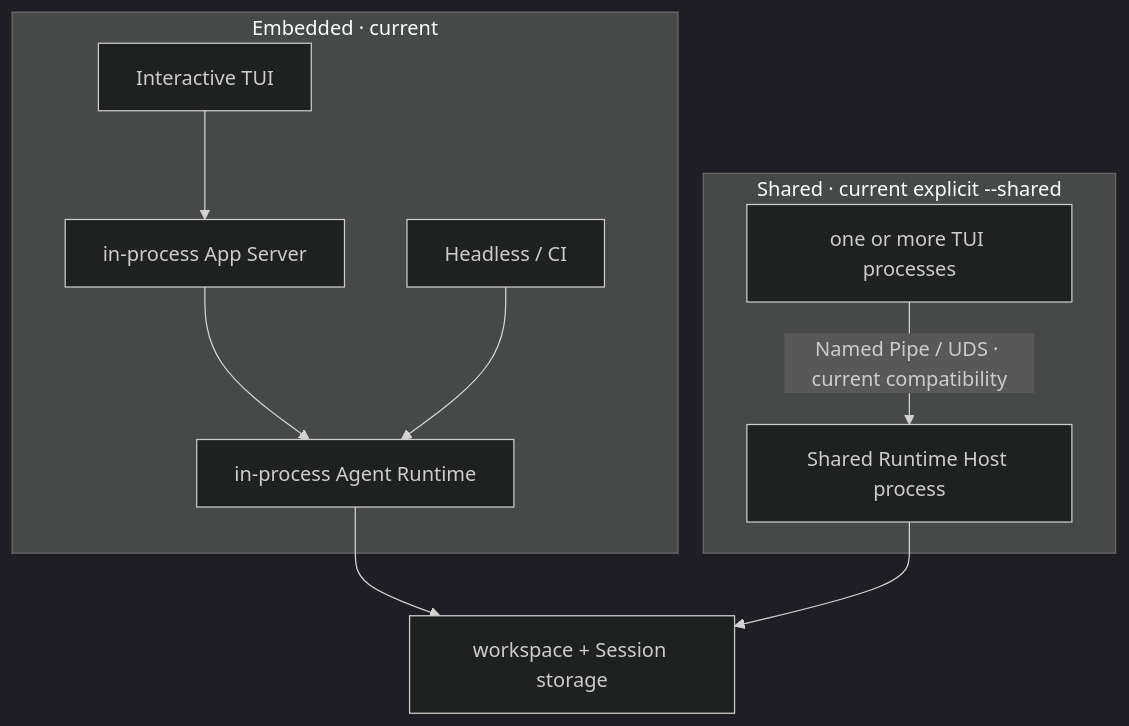
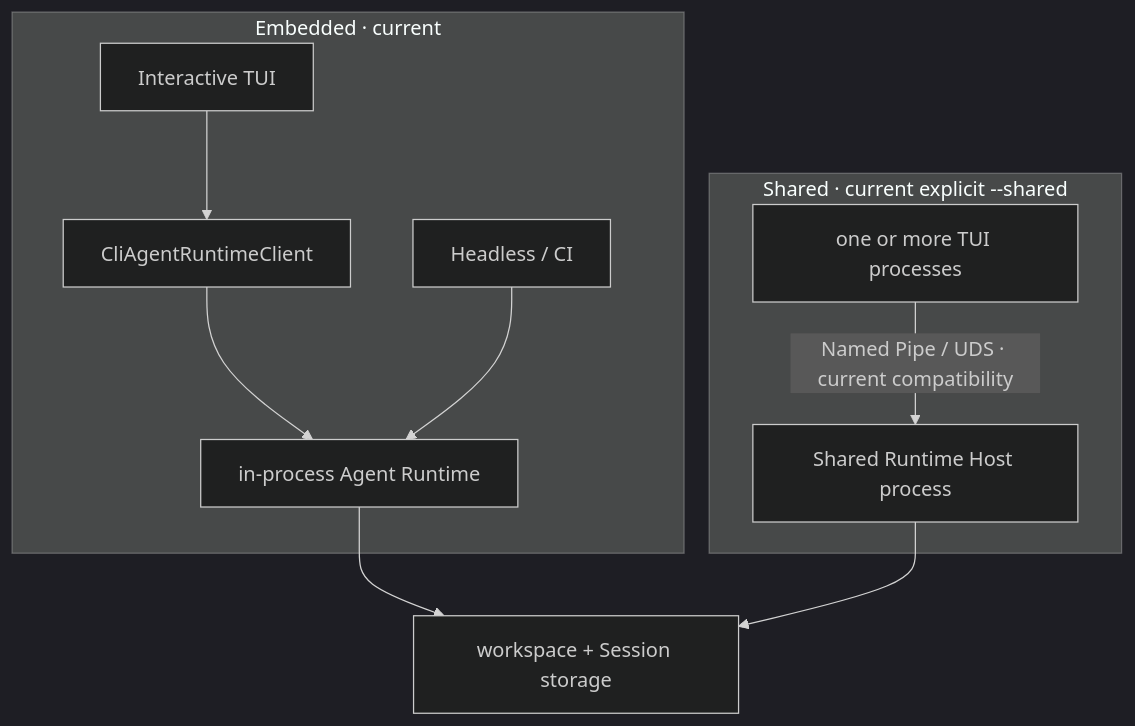
Before and after one commit to GCWing/BitFun: diagram 14 of 17 in docs/architecture/agent-runtime-deployment-design.md, drawn with Mermaid (dark theme). The commit also changed other lines of this file and 181 other files, not shown here.

First line of the commit message:
refactor(cli): use direct runtime for embedded TUI

````diff
--- a/docs/architecture/agent-runtime-deployment-design.md
+++ b/docs/architecture/agent-runtime-deployment-design.md
@@ -414,13 +429,13 @@
 ```mermaid
 flowchart TB
   subgraph Embedded["Embedded · current"]
-    TUI["Interactive TUI"] --> AppServer["in-process App Server"]
-    AppServer --> Runtime["in-process Agent Runtime"]
+    TUI["Interactive TUI"] --> Client["CliAgentRuntimeClient"]
+    Client --> Runtime["in-process Agent Runtime"]
     Headless["Headless / CI"] --> Runtime
   end
   subgraph Shared["Shared · current explicit --shared"]
     Clients["one or more TUI processes"] -->|"Named Pipe / UDS · current compatibility"| SharedRuntime["Shared Runtime Host process"]
   end
   Runtime --> Data["workspace + Session storage"]
   SharedRuntime --> Data
 ```
````
